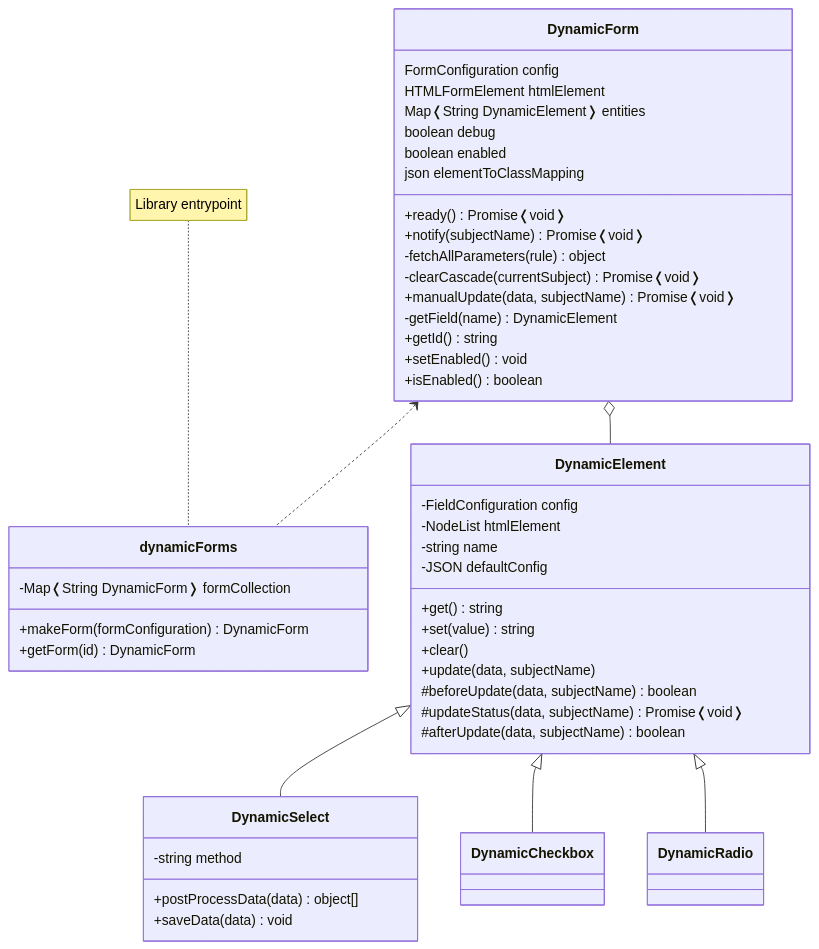
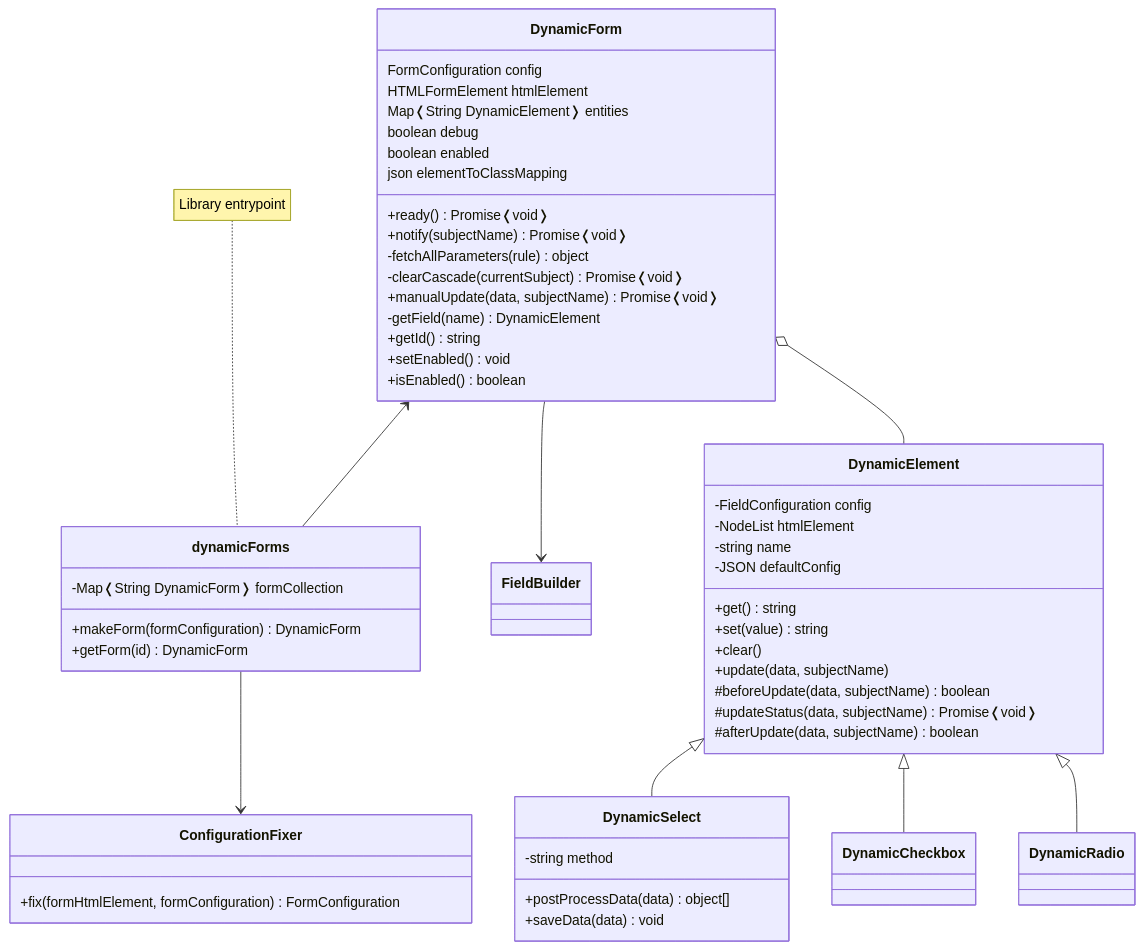
One commit to simomosi/dynamic-forms changed the diagram in docs/dev/contribute.md. Above: the diagram before and after it, drawn with Mermaid.

Commit message:
Updated class diagram

````diff
--- a/docs/dev/contribute.md
+++ b/docs/dev/contribute.md
@@ -33,57 +33,69 @@
 ```mermaid
 classDiagram
 
     class DynamicForm {
         FormConfiguration config
         HTMLFormElement htmlElement
         Map❬String DynamicElement❭ entities
         boolean debug
         boolean enabled
         json elementToClassMapping
 
         +ready() Promise❬void❭
         +notify(subjectName) Promise❬void❭
         -fetchAllParameters(rule) object
         -clearCascade(currentSubject) Promise❬void❭
         +manualUpdate(data, subjectName) Promise❬void❭
         -getField(name) DynamicElement
         +getId() string
         +setEnabled() void
         +isEnabled() boolean
     }
 
     class dynamicForms {
         -Map❬String DynamicForm❭ formCollection
         +makeForm(formConfiguration) DynamicForm
         +getForm(id) DynamicForm
     }
 
     note for dynamicForms "Library entrypoint"
 
+    class ConfigurationFixer {
+        +fix(formHtmlElement, formConfiguration) FormConfiguration
+    }
+
+
+    class FieldBuilder {
+
+    }
+
+
     class DynamicElement {
         -FieldConfiguration config
         -NodeList htmlElement
         -string name
         -JSON defaultConfig
         +get() string
         +set(value) string
         +clear()
         +update(data, subjectName)
         #beforeUpdate(data, subjectName) boolean
         #updateStatus(data, subjectName) Promise❬void❭
         #afterUpdate(data, subjectName) boolean
     }
 
     class DynamicSelect {
         -string method
         +postProcessData(data) object[]
         +saveData(data) void
     }
 
-    DynamicForm <.. dynamicForms
+    dynamicForms --> ConfigurationFixer
+    DynamicForm --> FieldBuilder
+    DynamicForm <-- dynamicForms
     DynamicForm o-- DynamicElement
     DynamicElement <|-- DynamicSelect
     DynamicElement <|-- DynamicCheckbox
     DynamicElement <|-- DynamicRadio
 
 ```
````
